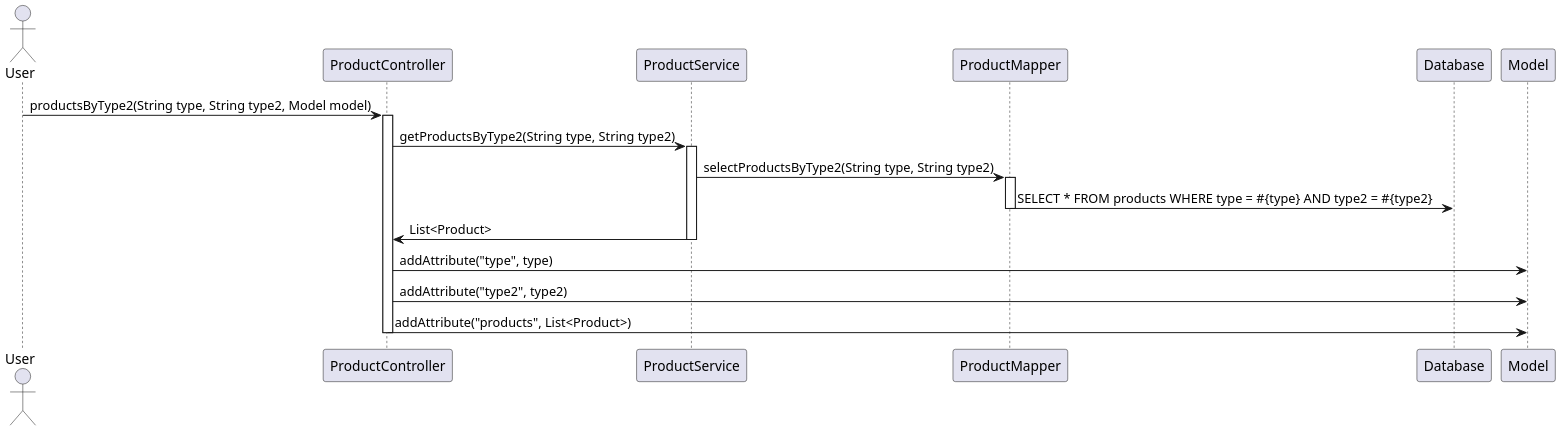
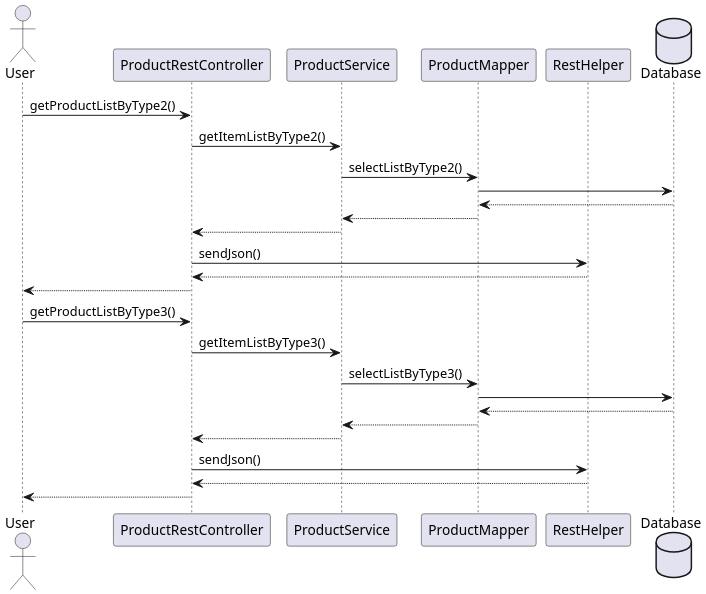
Before and after one commit to HYEON-DEV/SonyStore: the diagram in SonyStore/src/main/PUML/ProductController_Sequence2.puml, drawn with PlantUML. The commit also changed 2 other files, not shown here.

```diff
--- a/SonyStore/src/main/PUML/ProductController_Sequence2.puml
+++ b/SonyStore/src/main/PUML/ProductController_Sequence2.puml
@@ -1,25 +1,33 @@
 @startuml
 skinparam dpi 200
 
 actor User
 
-User -> ProductController : productsByType2(String type, String type2, Model model)
-activate ProductController
+participant ProductRestController
+participant ProductService
+participant ProductMapper
+participant RestHelper
+database Database
 
-ProductController -> ProductService : getProductsByType2(String type, String type2)
-activate ProductService
-
-ProductService -> ProductMapper : selectProductsByType2(String type, String type2)
-activate ProductMapper
-ProductMapper -> Database : SELECT * FROM products WHERE type = #{type} AND type2 = #{type2}
-deactivate ProductMapper
-
-ProductService -> ProductController : List<Product>
-deactivate ProductService
-
-ProductController -> Model : addAttribute("type", type)
-ProductController -> Model : addAttribute("type2", type2)
-ProductController -> Model : addAttribute("products", List<Product>)
-deactivate ProductController
+User -> ProductRestController: getProductListByType2()
+ProductRestController -> ProductService: getItemListByType2()
+ProductService -> ProductMapper: selectListByType2()
+ProductMapper -> Database
+Database --> ProductMapper
+ProductMapper --> ProductService
+ProductService --> ProductRestController
+ProductRestController -> RestHelper: sendJson()
+RestHelper --> ProductRestController
+ProductRestController --> User
+User -> ProductRestController: getProductListByType3()
+ProductRestController -> ProductService: getItemListByType3()
+ProductService -> ProductMapper: selectListByType3()
+ProductMapper -> Database
+Database --> ProductMapper
+ProductMapper --> ProductService
+ProductService --> ProductRestController
+ProductRestController -> RestHelper: sendJson()
+RestHelper --> ProductRestController
+ProductRestController --> User
 
 @enduml
```
